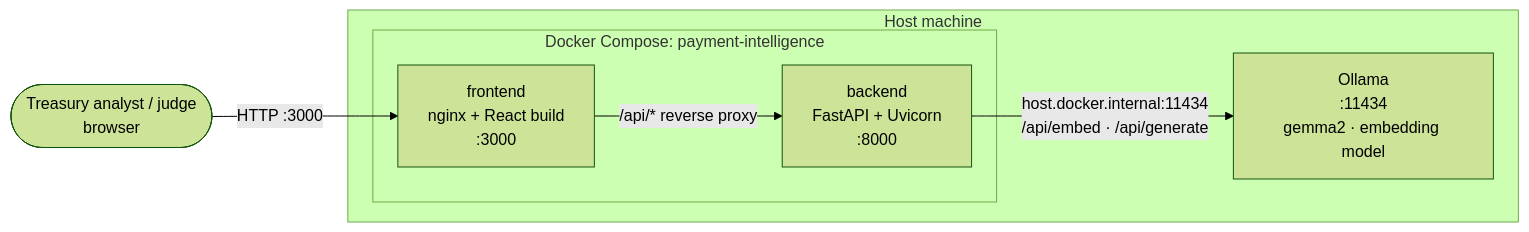
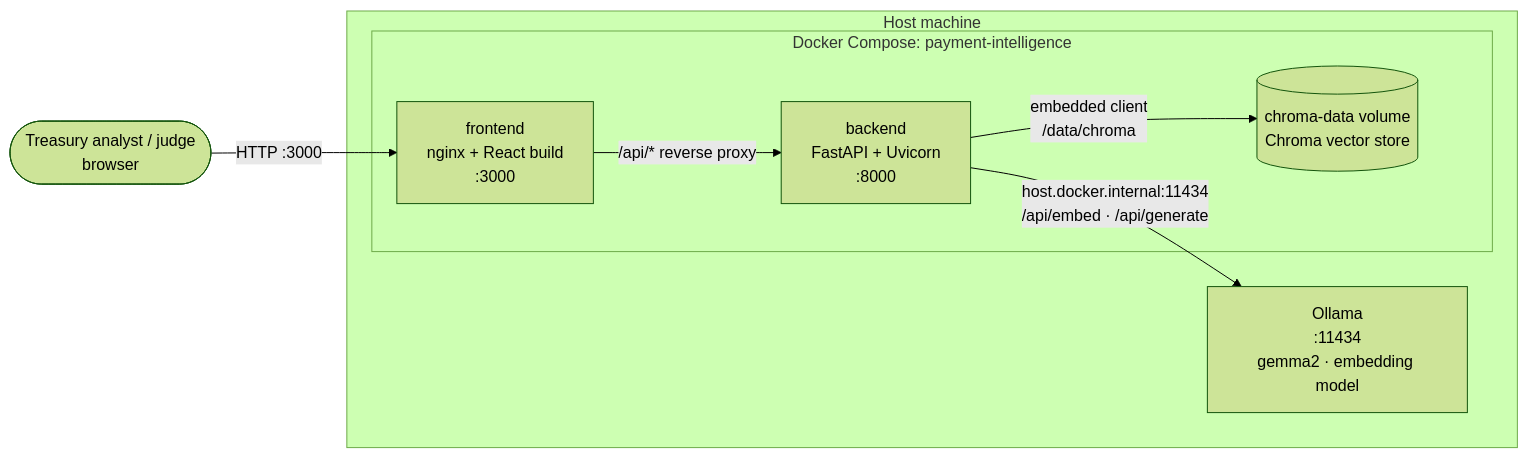
One commit to rajatrao/payment_intelligence changed the first of 7 diagrams in docs/ARCHITECTURE.md. Above: the diagram before and after it, drawn with Mermaid (forest theme). The commit also changed other lines of this file and 11 other files, not shown here.

First line of the commit message:
Store evidence embeddings in Chroma

````diff
--- a/docs/ARCHITECTURE.md
+++ b/docs/ARCHITECTURE.md
@@ -31,14 +32,16 @@
 ```mermaid
 flowchart LR
     user([Treasury analyst / judge<br/>browser])
     subgraph host["Host machine"]
         subgraph docker["Docker Compose: payment-intelligence"]
             fe["frontend<br/>nginx + React build<br/>:3000"]
             be["backend<br/>FastAPI + Uvicorn<br/>:8000"]
+            vol[("chroma-data volume<br/>Chroma vector store")]
         end
         ollama["Ollama<br/>:11434<br/>gemma2 · embedding model"]
     end
     user -- "HTTP :3000" --> fe
     fe -- "/api/* reverse proxy" --> be
+    be -- "embedded client<br/>/data/chroma" --> vol
     be -- "host.docker.internal:11434<br/>/api/embed · /api/generate" --> ollama
 ```
````
